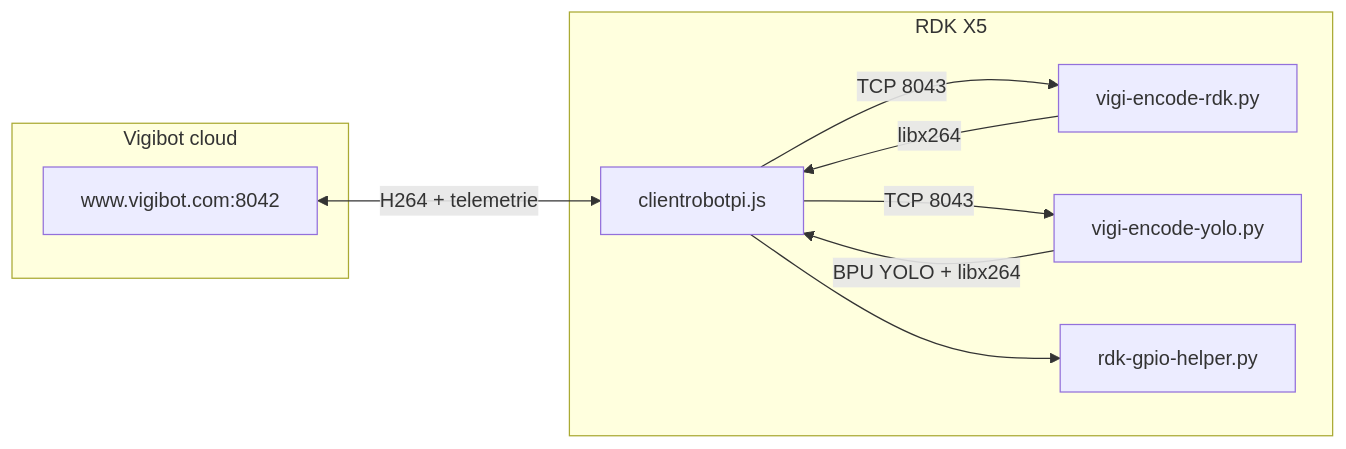
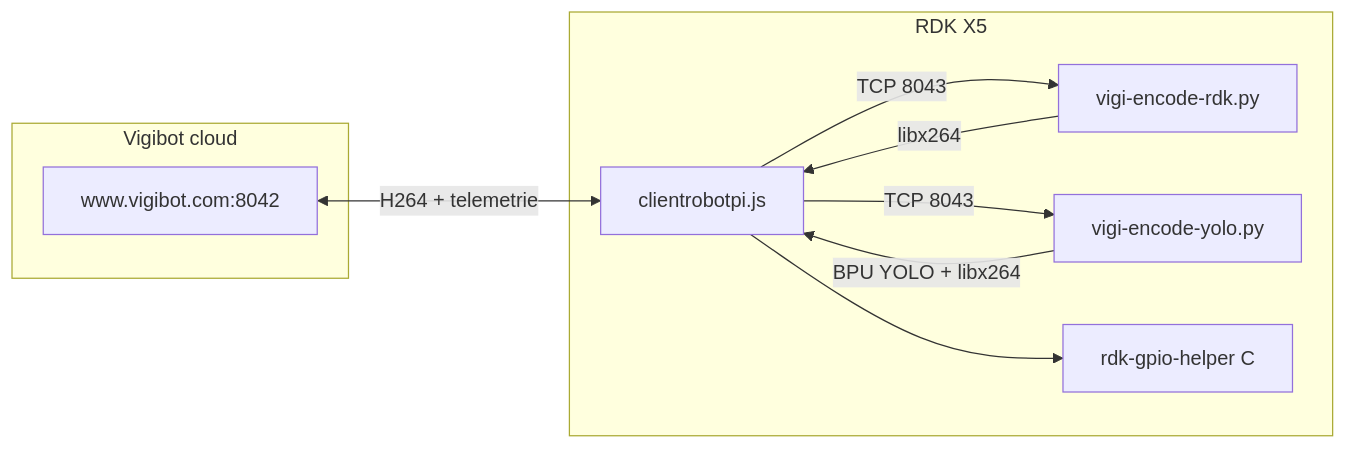
One commit to XimunMendiburu-git/vigibot-rdk-x5 changed the diagram in README.md. Above: the diagram before and after it, drawn with Mermaid. The commit also changed other lines of this file and 13 other files, not shown here.

Commit message:
Improve GPIO reliability with a native WiringPi helper.

````diff
--- a/README.md
+++ b/README.md
@@ -23,18 +23,18 @@
 ```mermaid
 flowchart LR
   subgraph vigibot [Vigibot cloud]
     Server["www.vigibot.com:8042"]
   end
   subgraph rdk [RDK X5]
     Node[clientrobotpi.js]
     Enc0[vigi-encode-rdk.py]
     Enc1[vigi-encode-yolo.py]
-    GpioBridge[rdk-gpio-helper.py]
+    GpioBridge[rdk-gpio-helper C]
     Node -->|"TCP 8043"| Enc0
     Node -->|"TCP 8043"| Enc1
     Node --> GpioBridge
   end
   Server <-->|"H264 + telemetrie"| Node
   Enc0 -->|libx264| Node
   Enc1 -->|"BPU YOLO + libx264"| Node
 ```
````
